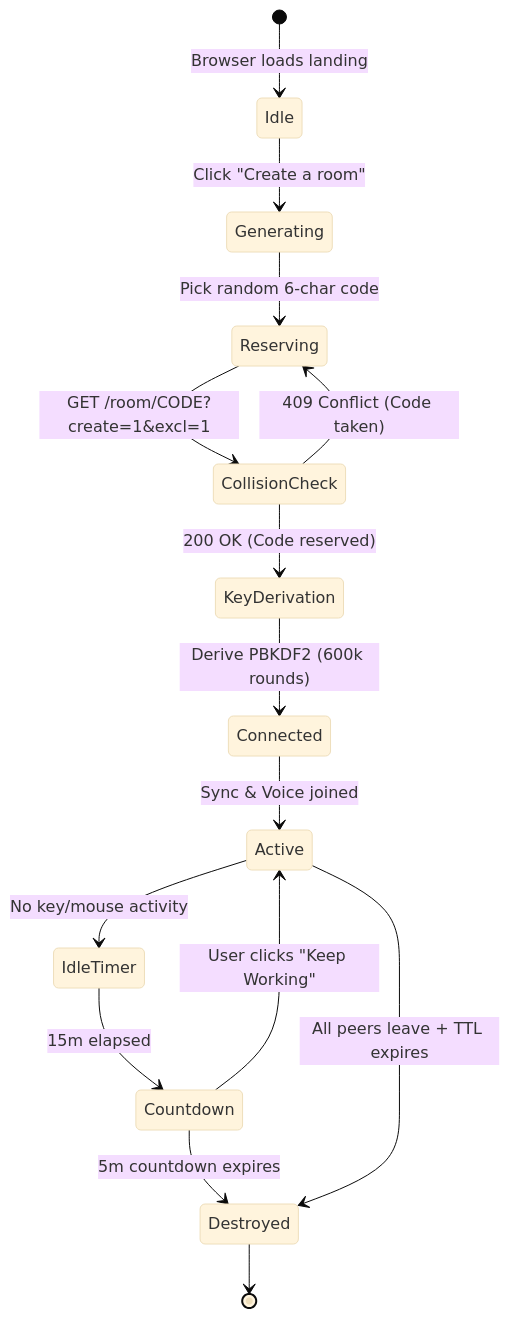
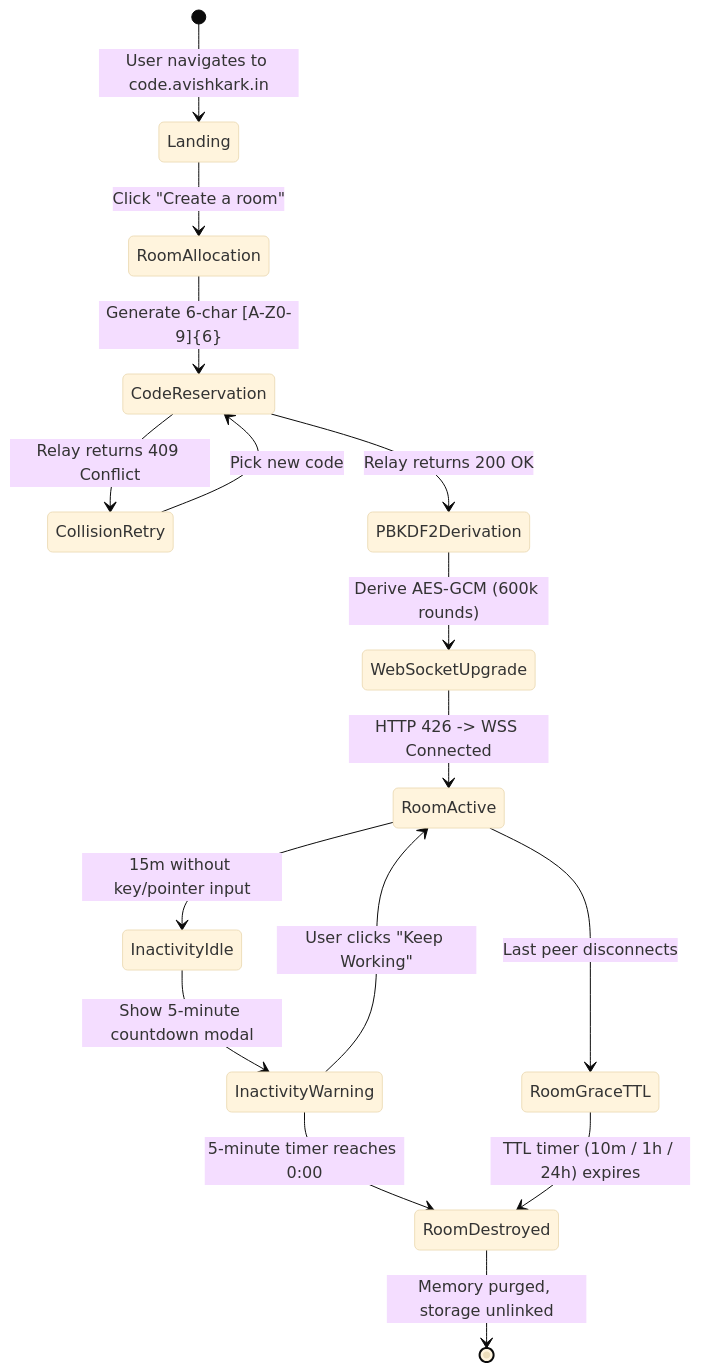
The first of 2 diagrams in PRD.md (AvishkarKedar/textshare), drawn with Mermaid (base theme) before and after one commit. The commit also changed other lines of this file and 1 other file, not shown here.

Commit message:
docs: expand PRD and Architecture with RFC-level specifications, protocol byte maps, and mathematical formulas

````diff
--- a/PRD.md
+++ b/PRD.md
@@ -81,17 +89,18 @@
 ```mermaid
 stateDiagram-v2
-    [*] --> Idle: Browser loads landing
-    Idle --> Generating: Click "Create a room"
-    Generating --> Reserving: Pick random 6-char code
-    Reserving --> CollisionCheck: GET /room/CODE?create=1&excl=1
-    CollisionCheck --> Reserving: 409 Conflict (Code taken)
-    CollisionCheck --> KeyDerivation: 200 OK (Code reserved)
-    KeyDerivation --> Connected: Derive PBKDF2 (600k rounds)
-    Connected --> Active: Sync & Voice joined
-    Active --> IdleTimer: No key/mouse activity
-    IdleTimer --> Countdown: 15m elapsed
-    Countdown --> Destroyed: 5m countdown expires
-    Countdown --> Active: User clicks "Keep Working"
-    Active --> Destroyed: All peers leave + TTL expires
-    Destroyed --> [*]
+    [*] --> Landing: User navigates to code.avishkark.in
+    Landing --> RoomAllocation: Click "Create a room"
+    RoomAllocation --> CodeReservation: Generate 6-char [A-Z0-9]{6}
+    CodeReservation --> CollisionRetry: Relay returns 409 Conflict
+    CollisionRetry --> CodeReservation: Pick new code
+    CodeReservation --> PBKDF2Derivation: Relay returns 200 OK
+    PBKDF2Derivation --> WebSocketUpgrade: Derive AES-GCM (600k rounds)
+    WebSocketUpgrade --> RoomActive: HTTP 426 -> WSS Connected
+    RoomActive --> InactivityIdle: 15m without key/pointer input
+    InactivityIdle --> InactivityWarning: Show 5-minute countdown modal
+    InactivityWarning --> RoomActive: User clicks "Keep Working"
+    InactivityWarning --> RoomDestroyed: 5-minute timer reaches 0:00
+    RoomActive --> RoomGraceTTL: Last peer disconnects
+    RoomGraceTTL --> RoomDestroyed: TTL timer (10m / 1h / 24h) expires
+    RoomDestroyed --> [*]: Memory purged, storage unlinked
 ```
````
